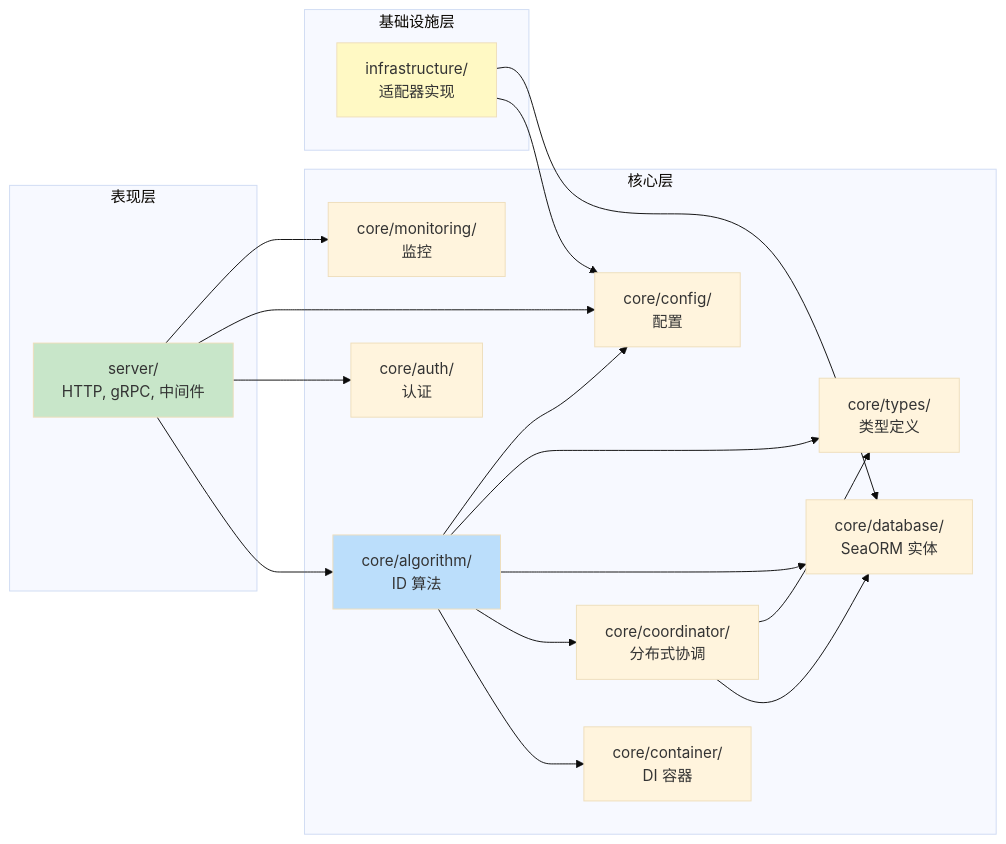
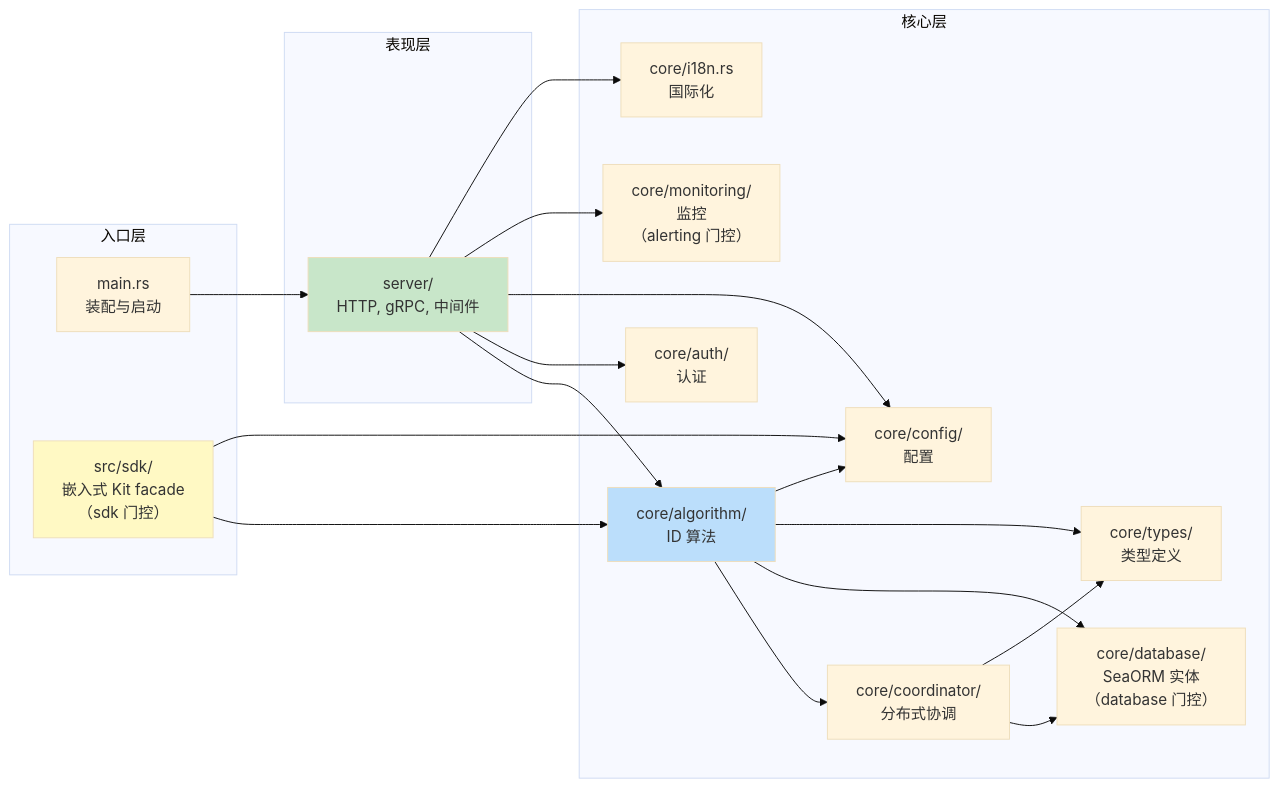
One commit to Kirky-X/NebulaId changed the second of 7 diagrams in docs/ARCHITECTURE.md. Above: the diagram before and after it, drawn with Mermaid (base theme). The commit also changed other lines of this file and 14 other files, not shown here.

````diff
--- a/docs/ARCHITECTURE.md
+++ b/docs/ARCHITECTURE.md
@@ -66,42 +66,44 @@
 ```mermaid
 graph LR
+    subgraph 入口层
+        Bin[main.rs<br/>装配与启动]
+        Sdk[src/sdk/<br/>嵌入式 Kit facade<br/>（sdk 门控）]
+    end
+
     subgraph 表现层
         Server[server/<br/>HTTP, gRPC, 中间件]
     end
 
     subgraph 核心层
         Algo[core/algorithm/<br/>ID 算法]
-        Container[core/container/<br/>DI 容器]
         Coord[core/coordinator/<br/>分布式协调]
-        DB[core/database/<br/>SeaORM 实体]
+        DB[core/database/<br/>SeaORM 实体<br/>（database 门控）]
         Types[core/types/<br/>类型定义]
         Config[core/config/<br/>配置]
         Auth[core/auth/<br/>认证]
-        Monitor[core/monitoring/<br/>监控]
+        Monitor[core/monitoring/<br/>监控<br/>（alerting 门控）]
+        I18n[core/i18n.rs<br/>国际化]
     end
 
-    subgraph 基础设施层
-        Infra[infrastructure/<br/>适配器实现]
-    end
+    Bin --> Server
+    Sdk --> Algo
+    Sdk --> Config
 
     Server --> Algo
     Server --> Auth
     Server --> Config
     Server --> Monitor
+    Server --> I18n
 
-    Algo --> Container
     Algo --> Coord
     Algo --> DB
     Algo --> Types
     Algo --> Config
 
     Coord --> DB
     Coord --> Types
 
-    Infra --> Config
-    Infra --> DB
-
     style Server fill:#c8e6c9
     style Algo fill:#bbdefb
-    style Infra fill:#fff9c4
+    style Sdk fill:#fff9c4
 ```
````
